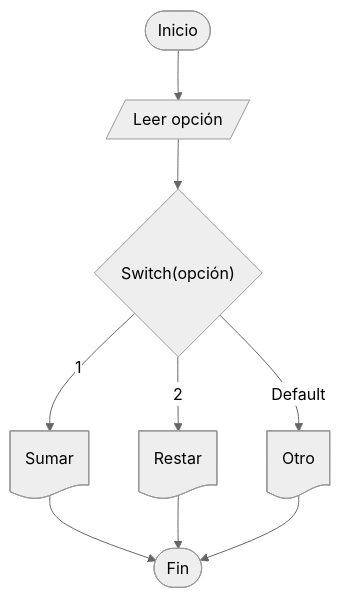
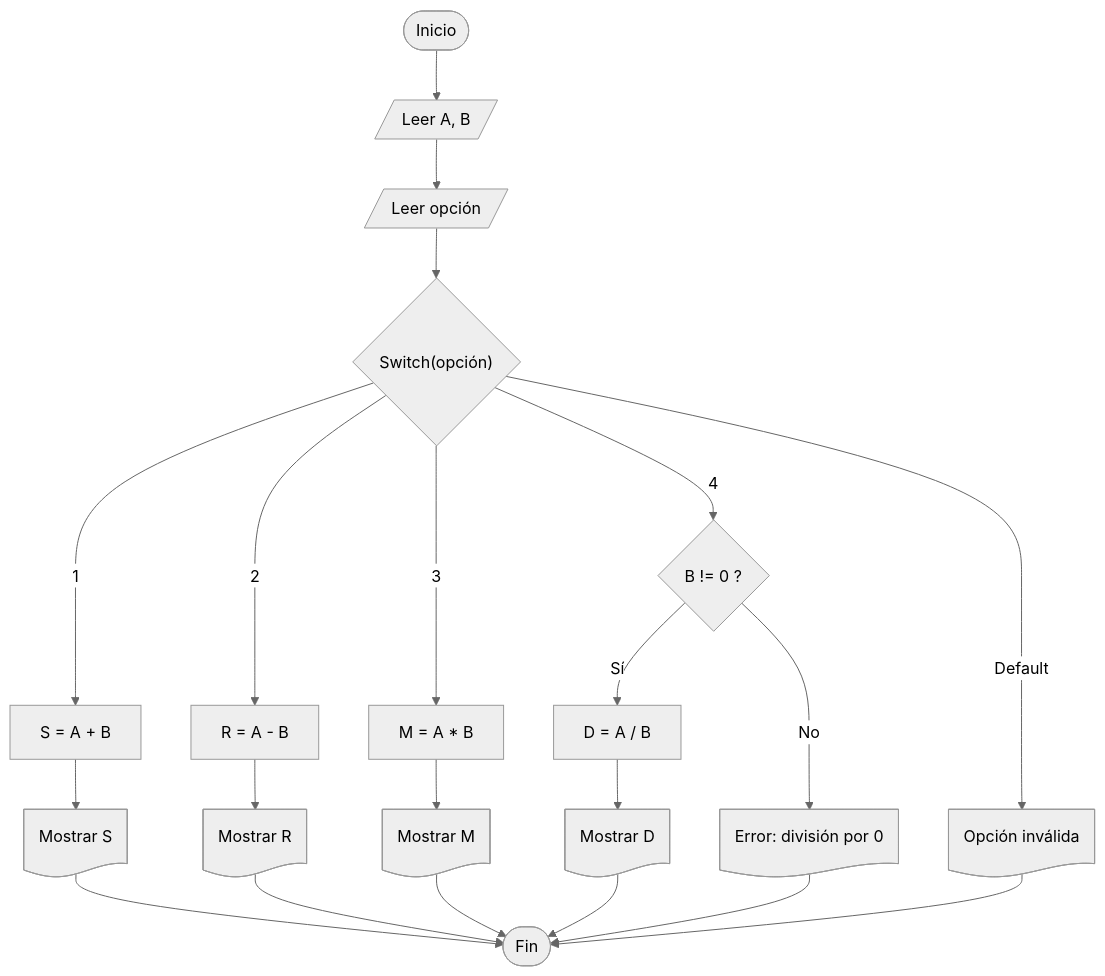
One commit to Abel-DB/Algoritmos-programacion changed diagram 12 of 15 in Tema04_Control/1-instrucciones_control.md. Above: the diagram before and after it, drawn with Mermaid (neutral theme). The commit also changed other lines of this file, not shown here.

````diff
--- a/Tema04_Control/1-instrucciones_control.md
+++ b/Tema04_Control/1-instrucciones_control.md
@@ -218,20 +239,40 @@
 ```mermaid
 flowchart TD
 
 A([Inicio])
-B@{ shape: lean-r, label: "Leer opción" }
 
-C@{ shape: diamond, label: "Switch(opción)" }
+B@{ shape: lean-r, label: "Leer A, B" }
+C@{ shape: lean-r, label: "Leer opción" }
 
-D@{ shape: doc, label: "Sumar" }
-E@{ shape: doc, label: "Restar" }
-F@{ shape: doc, label: "Otro" }
+D@{ shape: diamond, label: "Switch(opción)" }
 
-G([Fin])
+E@{ shape: rect, label: "S = A + B" }
+F@{ shape: doc, label: "Mostrar S" }
 
-A --> B --> C
+G@{ shape: rect, label: "R = A - B" }
+H@{ shape: doc, label: "Mostrar R" }
 
-C -->|1| D --> G
-C -->|2| E --> G
-C -->|Default| F --> G
+I@{ shape: rect, label: "M = A * B" }
+J@{ shape: doc, label: "Mostrar M" }
+
+K@{ shape: diamond, label: "B != 0 ?" }
+L@{ shape: rect, label: "D = A / B" }
+M@{ shape: doc, label: "Mostrar D" }
+
+N@{ shape: doc, label: "Error: división por 0" }
+O@{ shape: doc, label: "Opción inválida" }
+
+P([Fin])
+
+A --> B --> C --> D
+
+D -->|1| E --> F --> P
+D -->|2| G --> H --> P
+D -->|3| I --> J --> P
+D -->|4| K
+
+K -->|Sí| L --> M --> P
+K -->|No| N --> P
+
+D -->|Default| O --> P
 ```
````
